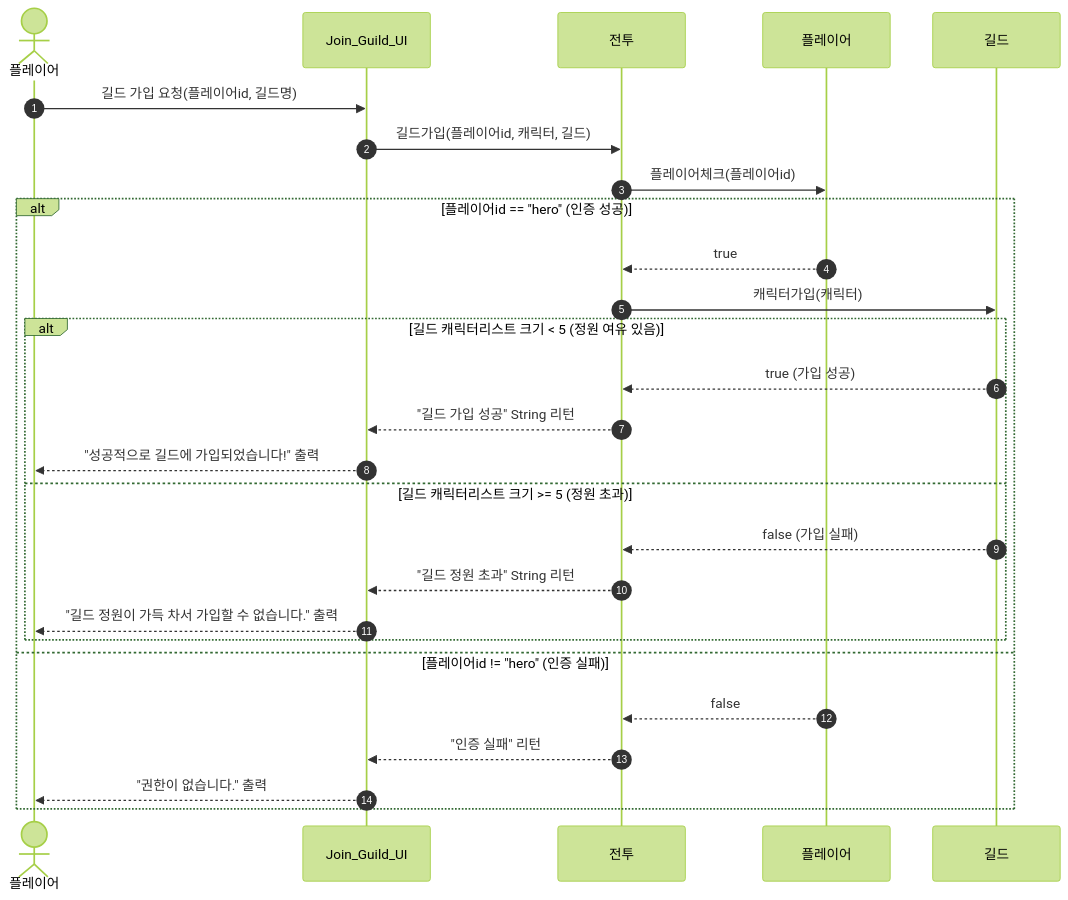
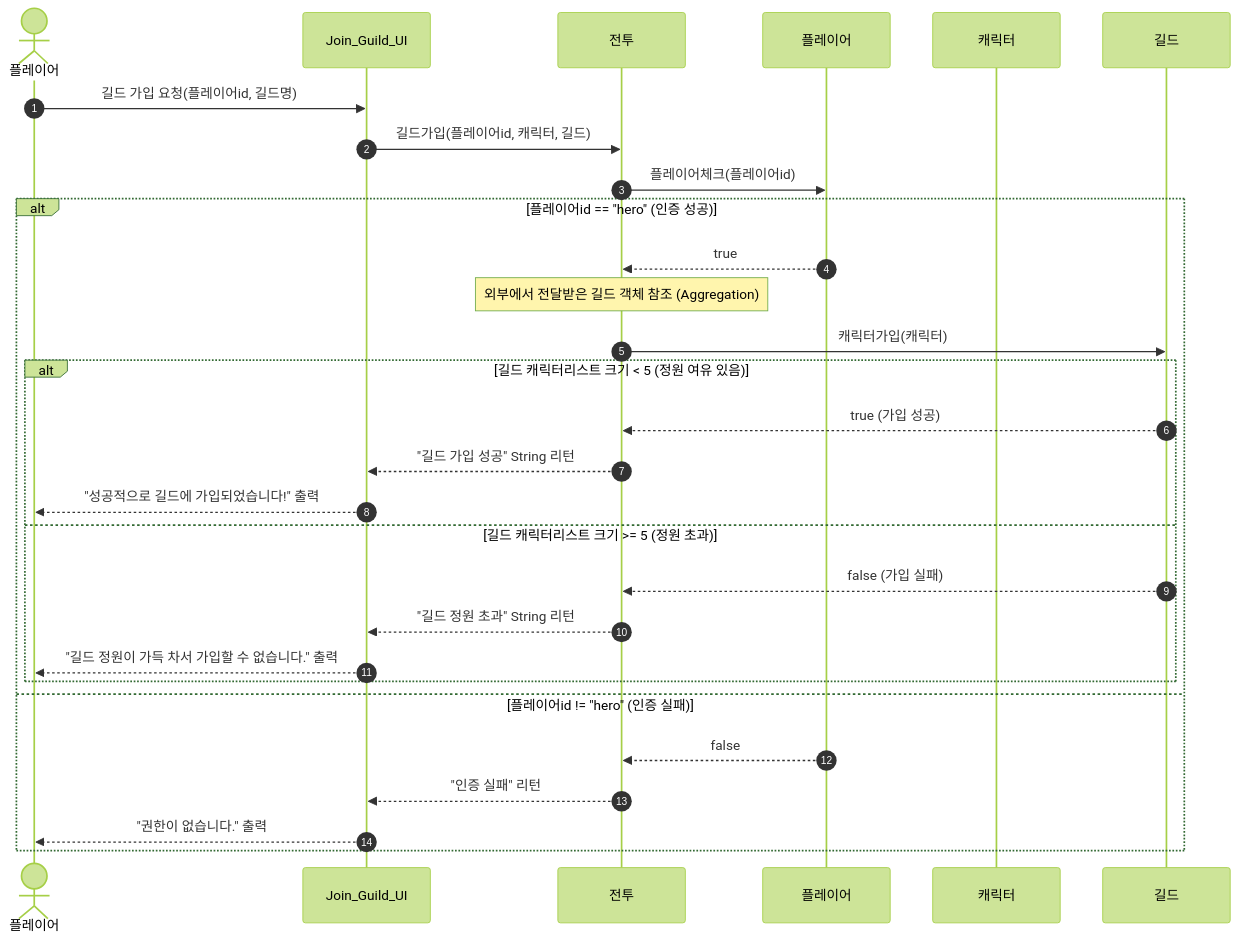
The diagram in docs/길드가입 Sequence Diagram.md (Hyuns2ung01/DnF_Battle2_B_05), drawn with Mermaid (forest theme) before and after one commit. The commit also changed 3 other files, not shown here.

Commit message:
fix: 다이어그램 로직 통일

````diff
--- a/docs/길드가입 Sequence Diagram.md
+++ b/docs/길드가입 Sequence Diagram.md
@@ -1,34 +1,36 @@
 ```mermaid
 sequenceDiagram
     autonumber
     actor Player as 플레이어
     participant UI as Join_Guild_UI
     participant Ctrl as 전투
     participant PClass as 플레이어
+    participant Char as 캐릭터
     participant Guild as 길드
 
     Player ->> UI: 길드 가입 요청(플레이어id, 길드명)
     UI ->> Ctrl: 길드가입(플레이어id, 캐릭터, 길드)
     Ctrl ->> PClass: 플레이어체크(플레이어id)
 
     alt 플레이어id == "hero" (인증 성공)
         PClass -->> Ctrl: true
 
+        Note over Ctrl: 외부에서 전달받은 길드 객체 참조 (Aggregation)
         Ctrl ->> Guild: 캐릭터가입(캐릭터)
 
         alt 길드 캐릭터리스트 크기 < 5 (정원 여유 있음)
             Guild -->> Ctrl: true (가입 성공)
             Ctrl -->> UI: "길드 가입 성공" String 리턴
             UI -->> Player: "성공적으로 길드에 가입되었습니다!" 출력
         else 길드 캐릭터리스트 크기 >= 5 (정원 초과)
             Guild -->> Ctrl: false (가입 실패)
             Ctrl -->> UI: "길드 정원 초과" String 리턴
             UI -->> Player: "길드 정원이 가득 차서 가입할 수 없습니다." 출력
         end
 
     else 플레이어id != "hero" (인증 실패)
         PClass -->> Ctrl: false
         Ctrl -->> UI: "인증 실패" 리턴
         UI -->> Player: "권한이 없습니다." 출력
     end
 ```
````
